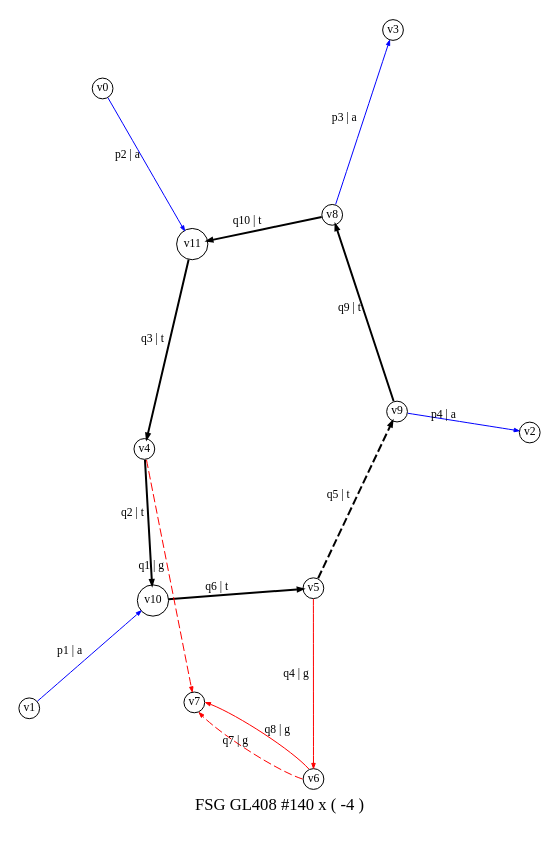
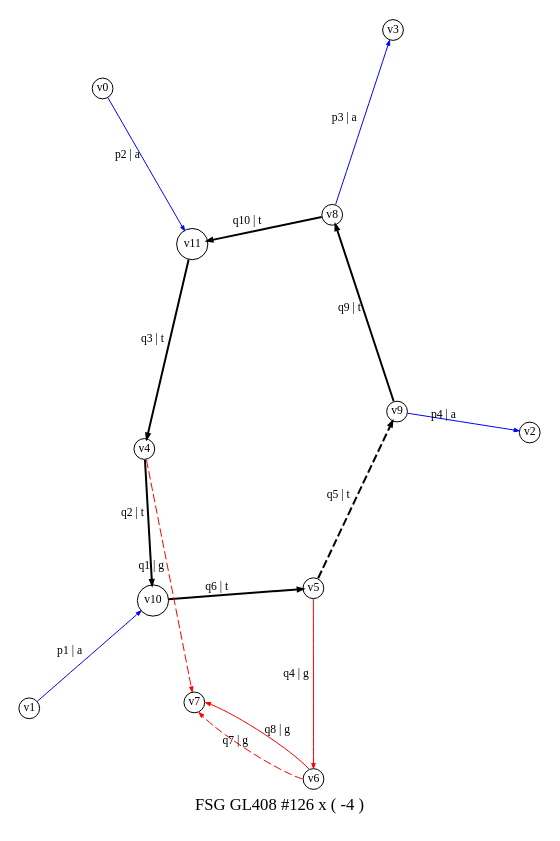
One commit to alphal00p/alphaLoopMisc changed the diagram in aa_ttx/SupplementaryMaterial/drawings/GL408.dot. Above: the diagram before and after it, drawn with Graphviz. The commit also changed 139 other files, not shown here.

```diff
--- a/aa_ttx/SupplementaryMaterial/drawings/GL408.dot
+++ b/aa_ttx/SupplementaryMaterial/drawings/GL408.dot
@@ -1,25 +1,25 @@
 digraph dot_140_0_GL408 {
-label="FSG GL408 #140 x ( -4 )";
+label="FSG GL408 #126 x ( -4 )";
 noverlap="scale"; layout="neato";
 graph [ 
 overall_factor="NumeratorDependentGrouping(408,1,AntiFermionSpinSumSign(1)*AutG(2)^-1*ExternalFermionOrderingSign(1)*InternalFermionLoopSign(-1)*NumeratorIndependentSymmetryGrouping(4))+NumeratorDependentGrouping(409,1,AntiFermionSpinSumSign(1)*AutG(2)^-1*ExternalFermionOrderingSign(1)*InternalFermionLoopSign(-1)*NumeratorIndependentSymmetryGrouping(4))",
 overall_factor_evaluated="-4",
 fontsize=10,ratio=1.5
  ];
 node [ fontsize=7,shape=circle,margin=0,height=0.01,penwidth=0.6 ];
 edge [ fontsize=7,arrowsize=0.3,penwidth=0.6 ];
 "v1" -> "v10" [label="p1 | a",color="blue",penwidth="0.6",style="solid"];
 "v0" -> "v11" [label="p2 | a",color="blue",penwidth="0.6",style="solid"];
 "v8" -> "v3" [label="p3 | a",color="blue",penwidth="0.6",style="solid"];
 "v9" -> "v2" [label="p4 | a",color="blue",penwidth="0.6",style="solid"];
 "v4" -> "v7" [label="q1 | g",color="red",penwidth="0.6",style="dashed"];
 "v4" -> "v10" [label="q2 | t",color="black",penwidth="1.2",style="solid"];
 "v11" -> "v4" [label="q3 | t",color="black",penwidth="1.2",style="solid"];
 "v5" -> "v6" [label="q4 | g",color="red",penwidth="0.6",style="solid"];
 "v5" -> "v9" [label="q5 | t",color="black",penwidth="1.2",style="dashed"];
 "v10" -> "v5" [label="q6 | t",color="black",penwidth="1.2",style="solid"];
 "v6" -> "v7" [label="q7 | g",color="red",penwidth="0.6",style="dashed"];
 "v6" -> "v7" [label="q8 | g",color="red",penwidth="0.6",style="solid"];
 "v9" -> "v8" [label="q9 | t",color="black",penwidth="1.2",style="solid"];
 "v8" -> "v11" [label="q10 | t",color="black",penwidth="1.2",style="solid"];
 }
```
